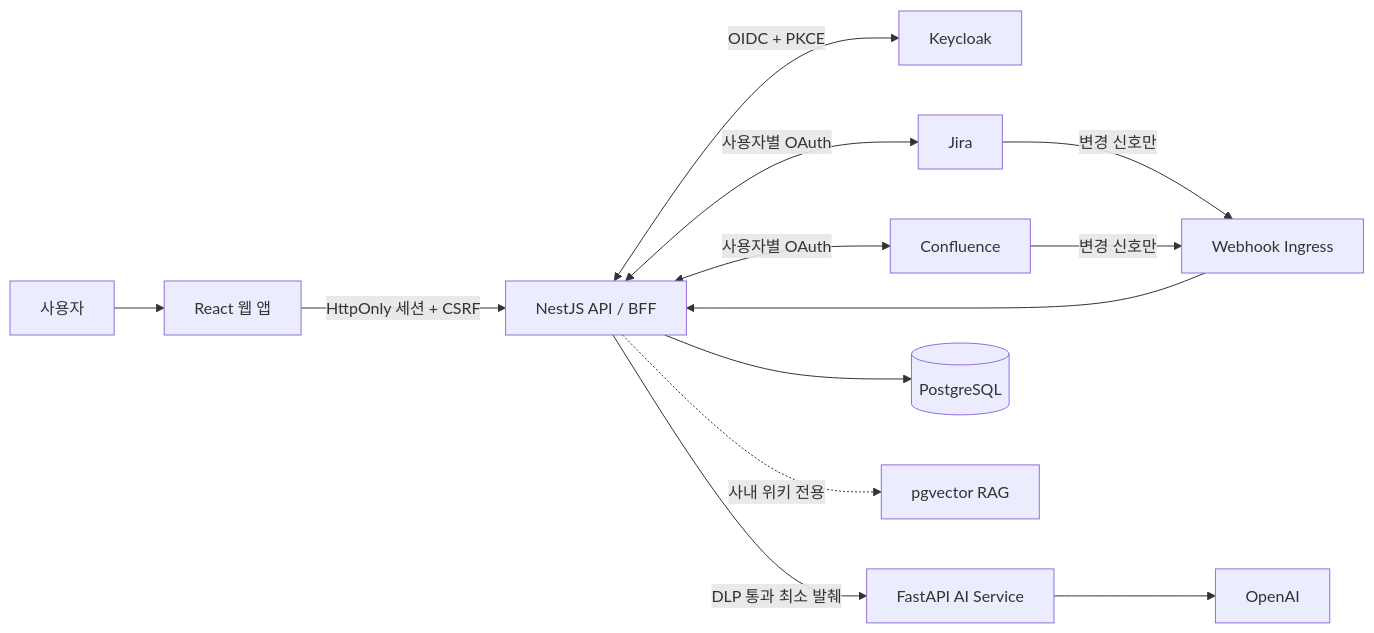
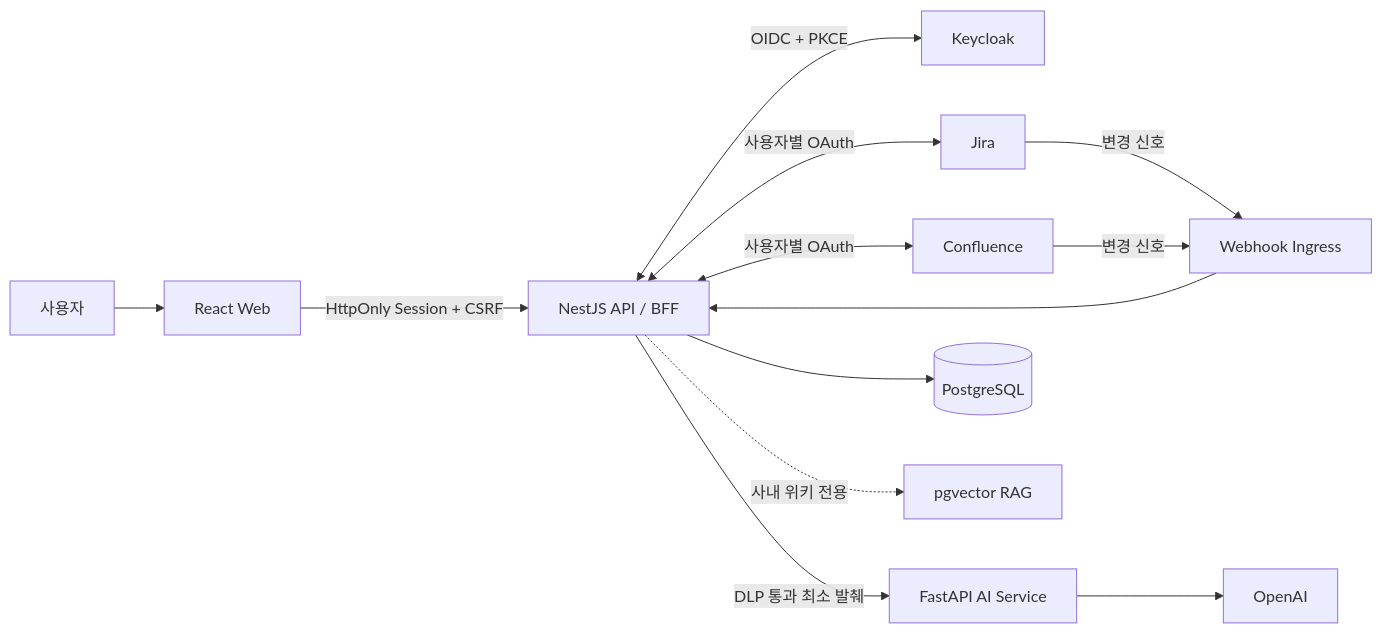
The diagram in README.md (kdh949/work-copilot), drawn with Mermaid before and after one commit. The commit also changed other lines of this file, not shown here.

````diff
--- a/README.md
+++ b/README.md
@@ -45,15 +52,15 @@
 ```mermaid
 flowchart LR
-    U["사용자"] --> W["React 웹 앱"]
-    W -->|"HttpOnly 세션 + CSRF"| API["NestJS API / BFF"]
+    U["사용자"] --> W["React Web"]
+    W -->|"HttpOnly Session + CSRF"| API["NestJS API / BFF"]
     API <-->|"OIDC + PKCE"| KC["Keycloak"]
     API <-->|"사용자별 OAuth"| J["Jira"]
     API <-->|"사용자별 OAuth"| C["Confluence"]
-    J -->|"변경 신호만"| WH["Webhook Ingress"]
-    C -->|"변경 신호만"| WH
+    J -->|"변경 신호"| WH["Webhook Ingress"]
+    C -->|"변경 신호"| WH
     WH --> API
     API -->|"DLP 통과 최소 발췌"| AI["FastAPI AI Service"]
     AI --> OAI["OpenAI"]
     API --> DB[("PostgreSQL")]
     API -. "사내 위키 전용" .-> RAG["pgvector RAG"]
 ```
````
